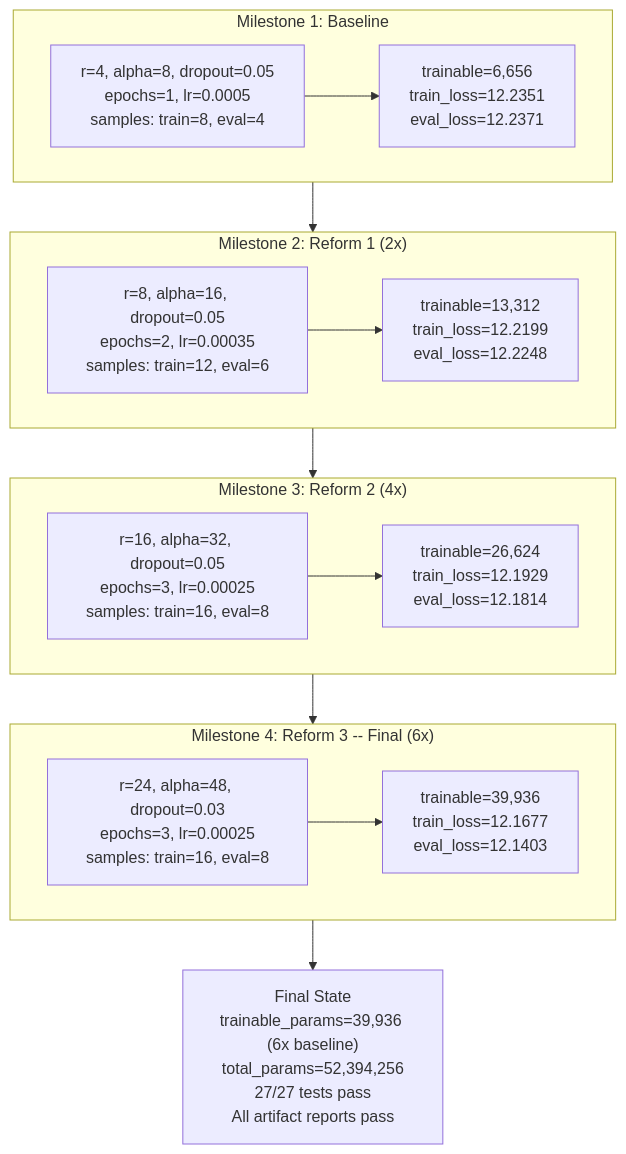
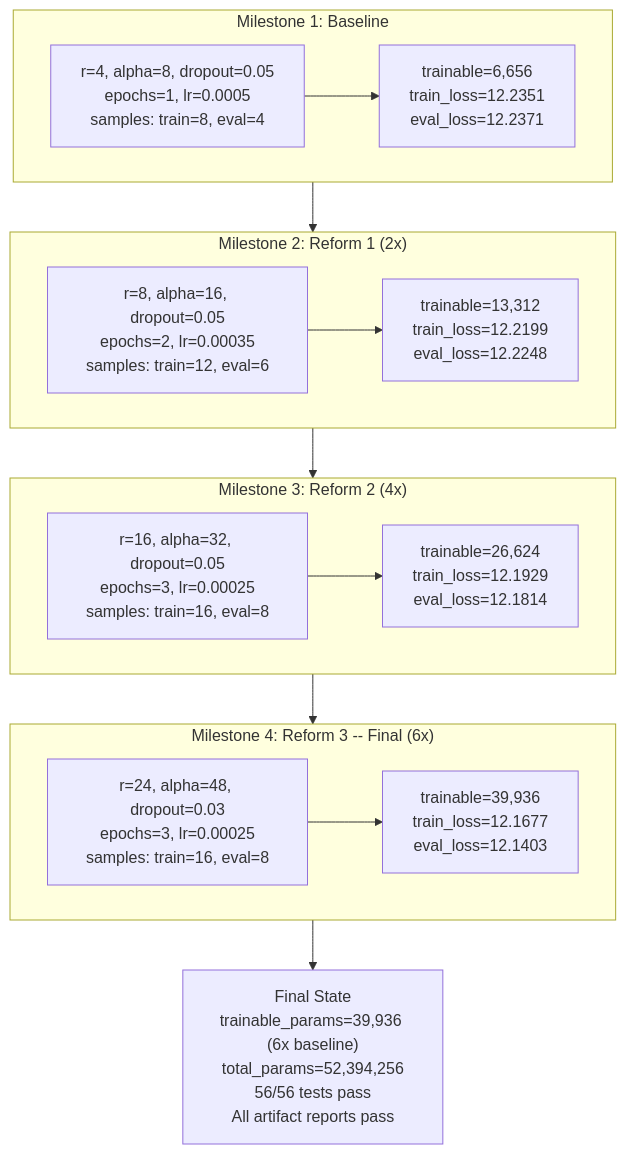
Before and after one commit to DeepThinkingFlow/DeepThinkingFlow-AI: diagram 12 of 14 in README.md, drawn with Mermaid. The commit also changed other lines of this file, not shown here.

````diff
--- a/README.md
+++ b/README.md
@@ -1057,30 +1057,30 @@
 ```mermaid
 flowchart TD
     subgraph M1["Milestone 1: Baseline"]
         M1C["r=4, alpha=8, dropout=0.05<br/>epochs=1, lr=0.0005<br/>samples: train=8, eval=4"]
         M1R["trainable=6,656<br/>train_loss=12.2351<br/>eval_loss=12.2371"]
         M1C --> M1R
     end
 
     subgraph M2["Milestone 2: Reform 1 (2x)"]
         M2C["r=8, alpha=16, dropout=0.05<br/>epochs=2, lr=0.00035<br/>samples: train=12, eval=6"]
         M2R["trainable=13,312<br/>train_loss=12.2199<br/>eval_loss=12.2248"]
         M2C --> M2R
     end
 
     subgraph M3["Milestone 3: Reform 2 (4x)"]
         M3C["r=16, alpha=32, dropout=0.05<br/>epochs=3, lr=0.00025<br/>samples: train=16, eval=8"]
         M3R["trainable=26,624<br/>train_loss=12.1929<br/>eval_loss=12.1814"]
         M3C --> M3R
     end
 
     subgraph M4["Milestone 4: Reform 3 -- Final (6x)"]
         M4C["r=24, alpha=48, dropout=0.03<br/>epochs=3, lr=0.00025<br/>samples: train=16, eval=8"]
         M4R["trainable=39,936<br/>train_loss=12.1677<br/>eval_loss=12.1403"]
         M4C --> M4R
     end
 
     M1 --> M2 --> M3 --> M4
 
-    M4 --> FINAL["Final State<br/>trainable_params=39,936 (6x baseline)<br/>total_params=52,394,256<br/>27/27 tests pass<br/>All artifact reports pass"]
+    M4 --> FINAL["Final State<br/>trainable_params=39,936 (6x baseline)<br/>total_params=52,394,256<br/>56/56 tests pass<br/>All artifact reports pass"]
 ```
````
